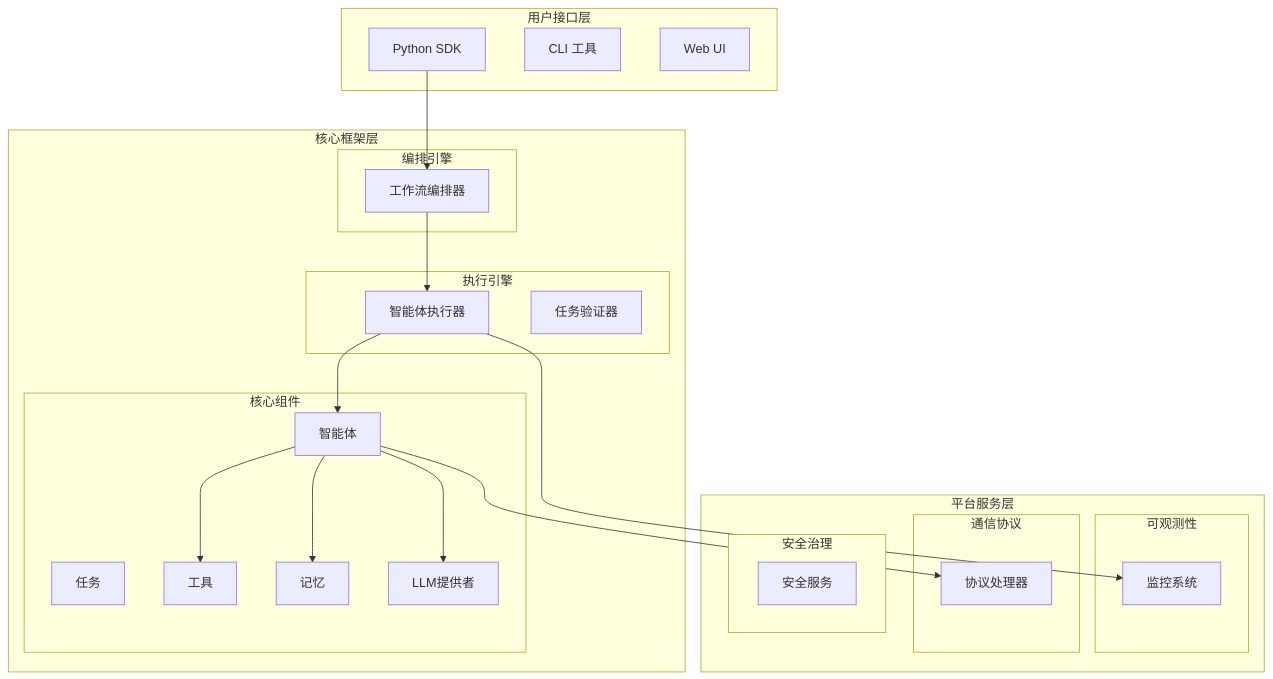
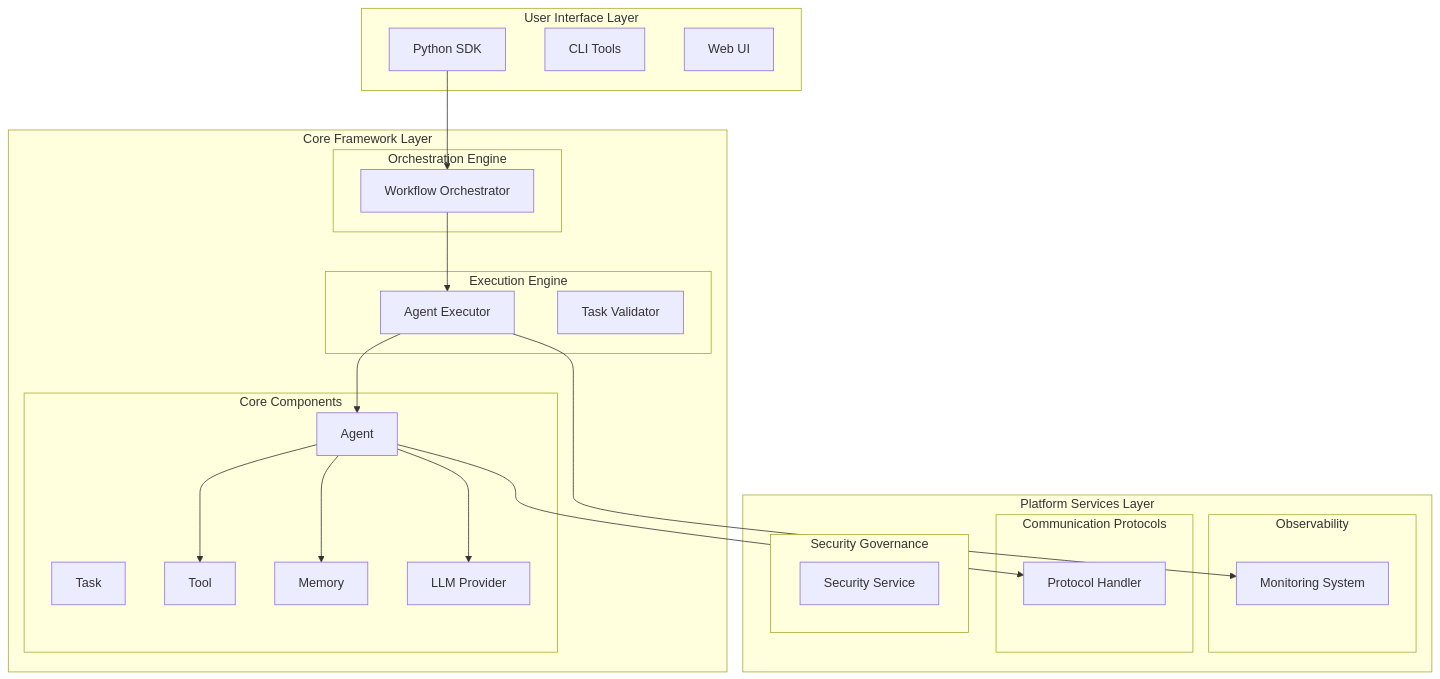
The diagram in README.md (DemonDamon/AgenticX), drawn with Mermaid before and after one commit. The commit also changed other lines of this file and 1 other file, not shown here.

````diff
--- a/README.md
+++ b/README.md
@@ -236,46 +240,46 @@
 ```mermaid
 graph TD
-    subgraph "用户接口层"
+    subgraph "User Interface Layer"
         SDK[Python SDK]
-        CLI[CLI 工具]
+        CLI[CLI Tools]
         UI[Web UI]
     end
 
-    subgraph "核心框架层"
-        subgraph "编排引擎"
-            Orchestrator[工作流编排器]
+    subgraph "Core Framework Layer"
+        subgraph "Orchestration Engine"
+            Orchestrator[Workflow Orchestrator]
         end
-        subgraph "执行引擎"
-            AgentExecutor[智能体执行器]
-            TaskValidator[任务验证器]
+        subgraph "Execution Engine"
+            AgentExecutor[Agent Executor]
+            TaskValidator[Task Validator]
         end
-        subgraph "核心组件"
-            Agent[智能体]
-            Task[任务]
-            Tool[工具]
-            Memory[记忆]
-            LLM[LLM提供者]
+        subgraph "Core Components"
+            Agent[Agent]
+            Task[Task]
+            Tool[Tool]
+            Memory[Memory]
+            LLM[LLM Provider]
         end
     end
 
-    subgraph "平台服务层"
-        subgraph "可观测性"
-            Monitoring[监控系统]
+    subgraph "Platform Services Layer"
+        subgraph "Observability"
+            Monitoring[Monitoring System]
         end
-        subgraph "通信协议"
-            Protocols[协议处理器]
+        subgraph "Communication Protocols"
+            Protocols[Protocol Handler]
         end
-        subgraph "安全治理"
-            Security[安全服务]
+        subgraph "Security Governance"
+            Security[Security Service]
         end
     end
 
     SDK --> Orchestrator
     Orchestrator --> AgentExecutor
     AgentExecutor --> Agent
     Agent --> Tool
     Agent --> Memory
     Agent --> LLM
     AgentExecutor --> Monitoring
     Agent --> Protocols
 ```
````
